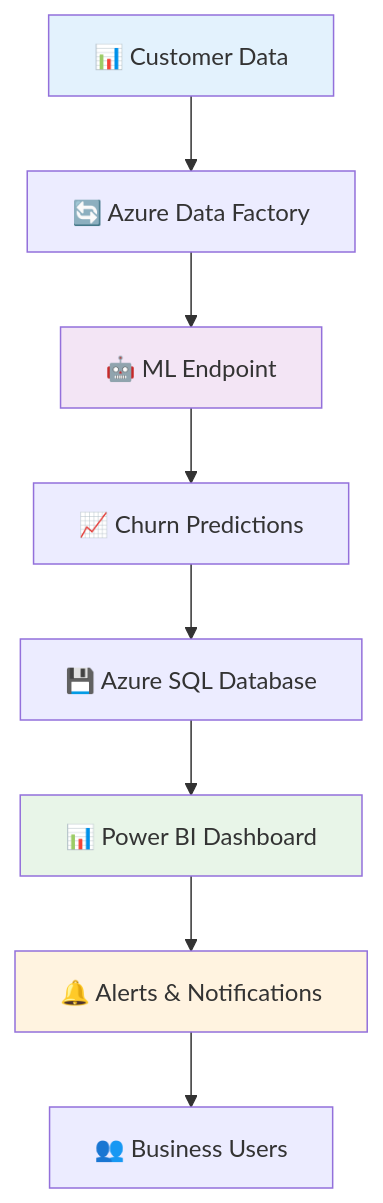
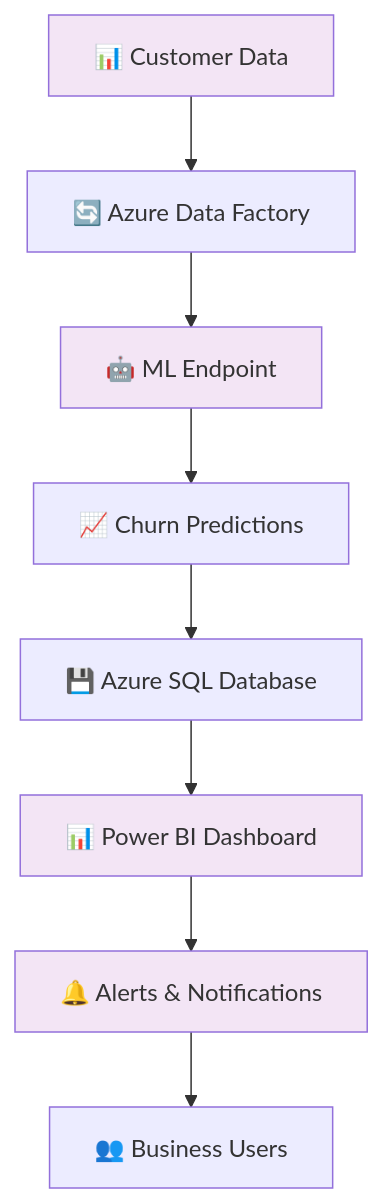
The diagram in readme.md (ganesh447/customer-churn-prediction), drawn with Mermaid before and after one commit.

````diff
--- a/readme.md
+++ b/readme.md
@@ -78,15 +78,15 @@
 ```mermaid
 graph TD
     A[📊 Customer Data] --> B[🔄 Azure Data Factory]
     B --> C[🤖 ML Endpoint]
     C --> D[📈 Churn Predictions]
     D --> E[💾 Azure SQL Database]
     E --> F[📊 Power BI Dashboard]
     F --> G[🔔 Alerts & Notifications]
     G --> H[👥 Business Users]
     
-    style A fill:#e3f2fd
+    style A fill:#f3e5f5
     style C fill:#f3e5f5
-    style F fill:#e8f5e8
-    style G fill:#fff3e0
+    style F fill:#f3e5f5
+    style G fill:#f3e5f5
 ```
````
